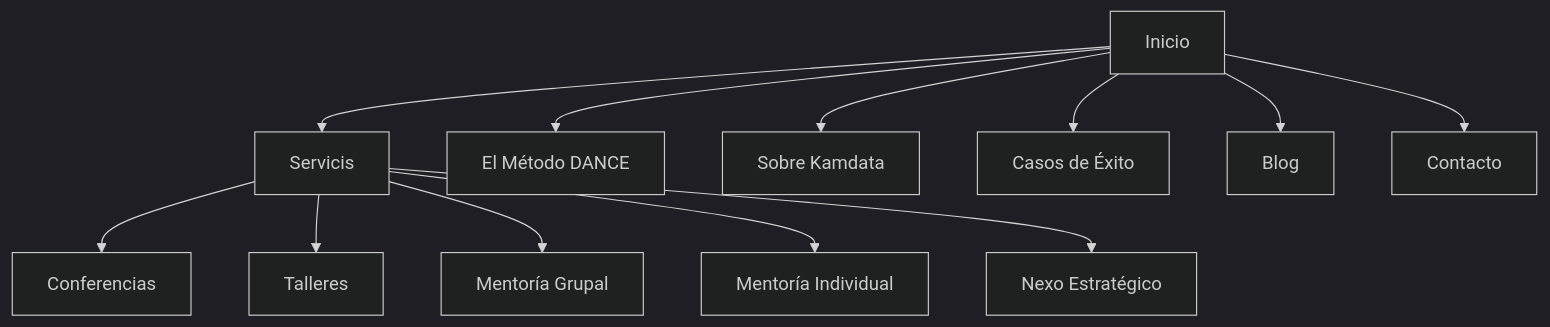
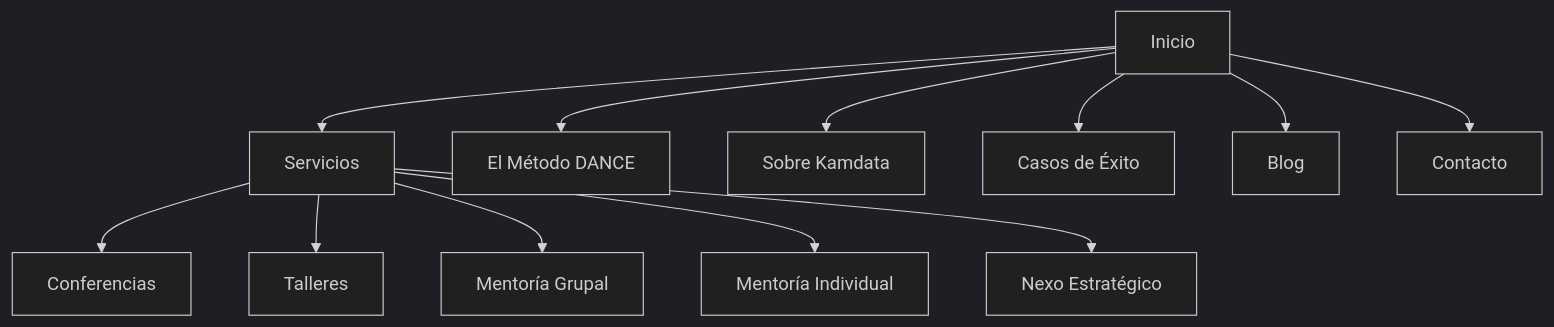
Before and after one commit to Emi2608/Kamdata_website-development: the second of 2 diagrams in README.md, drawn with Mermaid (dark theme). The commit also changed other lines of this file, not shown here.

````diff
--- a/README.md
+++ b/README.md
@@ -165,14 +165,14 @@
 ```mermaid
 graph TD
-  A[Inicio] --> B[Servicis]
+  A[Inicio] --> B[Servicios]
   B --> B1[Conferencias]
   B --> B2[Talleres]
   B --> B3[Mentoría Grupal]
   B --> B4[Mentoría Individual]
   B --> B5[Nexo Estratégico]
   A --> C[El Método DANCE]
   A --> D[Sobre Kamdata]
   A --> E[Casos de Éxito]
   A --> F[Blog]
   A --> G[Contacto]
 ```
````
